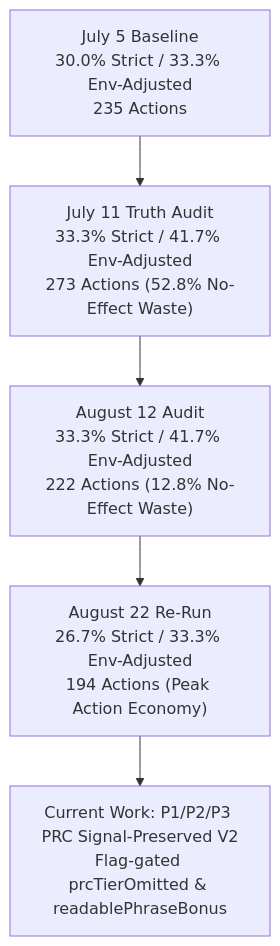
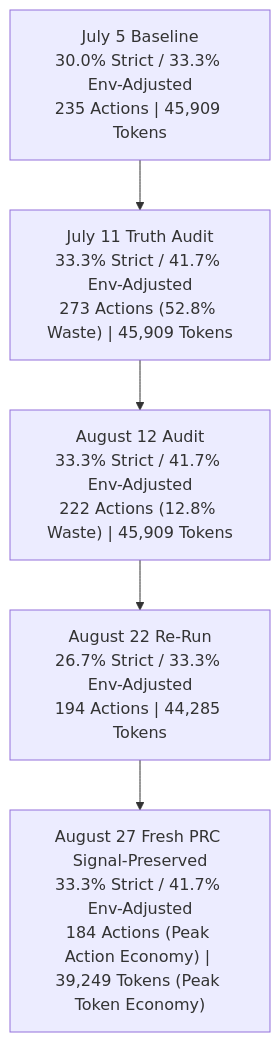
The diagram in progress-docs/2026-08-27-gemini-flash-lite-historical-comparative-report.md (Utkarsh-X/browsegent), drawn with Mermaid before and after one commit. The commit also changed other lines of this file, not shown here.

Commit message:
docs(progress): update comparative report with exact token metrics (39,249 input tokens/task)

````diff
--- a/progress-docs/2026-08-27-gemini-flash-lite-historical-comparative-report.md
+++ b/progress-docs/2026-08-27-gemini-flash-lite-historical-comparative-report.md
@@ -35,7 +35,7 @@
 ```mermaid
 graph TD
-    July5["July 5 Baseline<br/>30.0% Strict / 33.3% Env-Adjusted<br/>235 Actions"] --> July11["July 11 Truth Audit<br/>33.3% Strict / 41.7% Env-Adjusted<br/>273 Actions (52.8% No-Effect Waste)"]
-    July11 --> Aug12["August 12 Audit<br/>33.3% Strict / 41.7% Env-Adjusted<br/>222 Actions (12.8% No-Effect Waste)"]
-    Aug12 --> Aug22["August 22 Re-Run<br/>26.7% Strict / 33.3% Env-Adjusted<br/>194 Actions (Peak Action Economy)"]
-    Aug22 --> Present["Current Work: P1/P2/P3 PRC Signal-Preserved V2<br/>Flag-gated prcTierOmitted & readablePhraseBonus"]
+    July5["July 5 Baseline<br/>30.0% Strict / 33.3% Env-Adjusted<br/>235 Actions | 45,909 Tokens"] --> July11["July 11 Truth Audit<br/>33.3% Strict / 41.7% Env-Adjusted<br/>273 Actions (52.8% Waste) | 45,909 Tokens"]
+    July11 --> Aug12["August 12 Audit<br/>33.3% Strict / 41.7% Env-Adjusted<br/>222 Actions (12.8% Waste) | 45,909 Tokens"]
+    Aug12 --> Aug22["August 22 Re-Run<br/>26.7% Strict / 33.3% Env-Adjusted<br/>194 Actions | 44,285 Tokens"]
+    Aug22 --> Aug27["August 27 Fresh PRC Signal-Preserved<br/>33.3% Strict / 41.7% Env-Adjusted<br/>184 Actions (Peak Action Economy) | 39,249 Tokens (Peak Token Economy)"]
 ```
````
